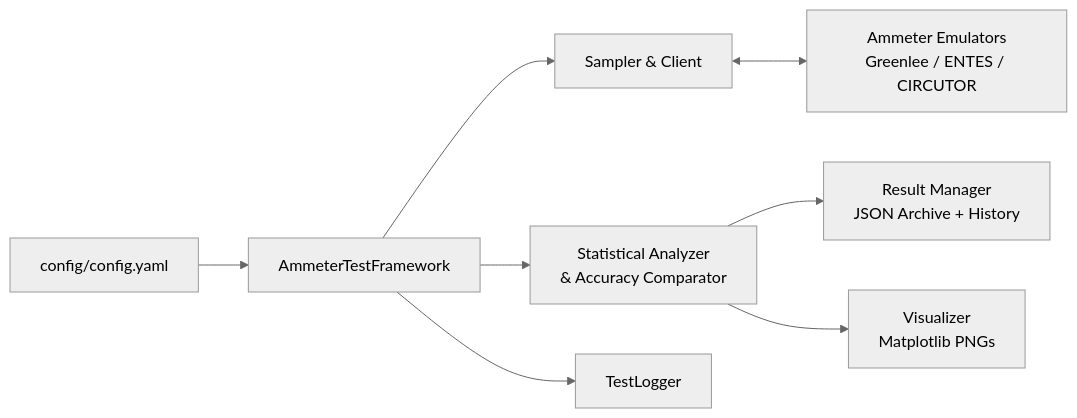
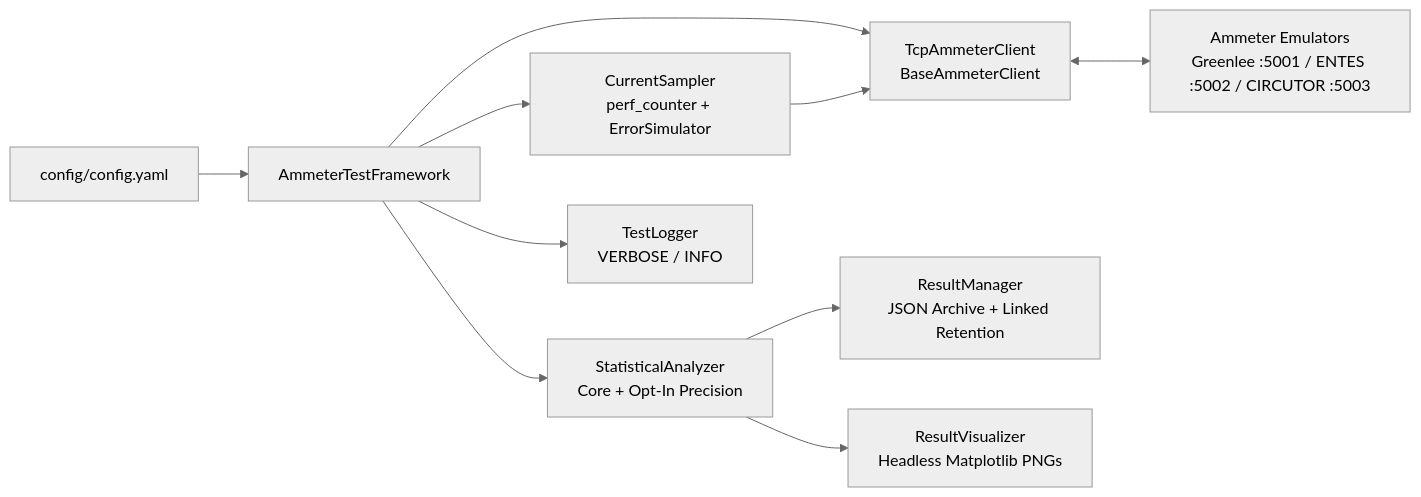
One commit to talmalek/NESS_Automation_Home_Task changed the diagram in docs/SDR.md. Above: the diagram before and after it, drawn with Mermaid (neutral theme). The commit also changed other lines of this file and 6 other files, not shown here.

````diff
--- a/docs/SDR.md
+++ b/docs/SDR.md
@@ -88,10 +90,12 @@
 ```mermaid
 flowchart LR
     CFG[config/config.yaml] --> FW[AmmeterTestFramework]
-    FW --> SM[Sampler & Client]
-    SM <--> EM[Ammeter Emulators<br/>Greenlee / ENTES / CIRCUTOR]
-    FW --> AN[Statistical Analyzer<br/>& Accuracy Comparator]
-    AN --> ST[Result Manager<br/>JSON Archive + History]
-    AN --> VZ[Visualizer<br/>Matplotlib PNGs]
-    FW --> LG[TestLogger]
+    FW --> CL[TcpAmmeterClient<br/>BaseAmmeterClient]
+    FW --> SM[CurrentSampler<br/>perf_counter + ErrorSimulator]
+    SM --> CL
+    CL <--> EM[Ammeter Emulators<br/>Greenlee :5001 / ENTES :5002 / CIRCUTOR :5003]
+    FW --> AN[StatisticalAnalyzer<br/>Core + Opt-In Precision]
+    AN --> ST[ResultManager<br/>JSON Archive + Linked Retention]
+    AN --> VZ[ResultVisualizer<br/>Headless Matplotlib PNGs]
+    FW --> LG[TestLogger<br/>VERBOSE / INFO]
 ```
````
